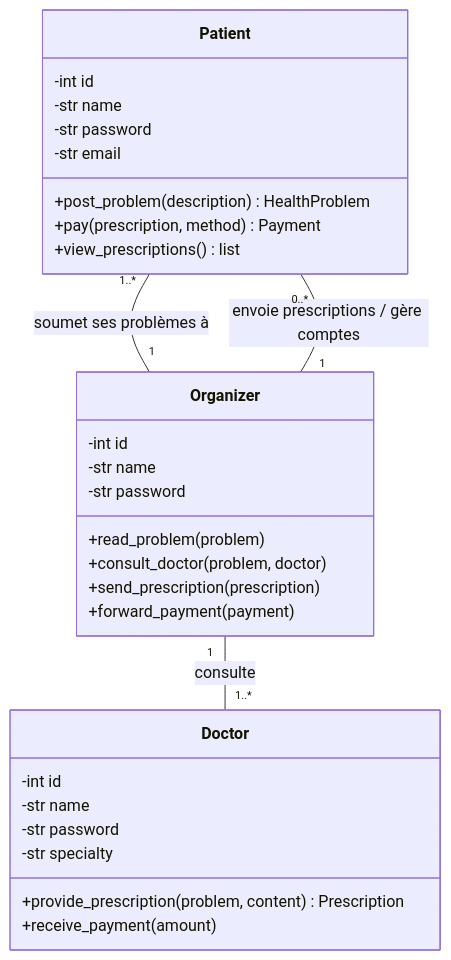
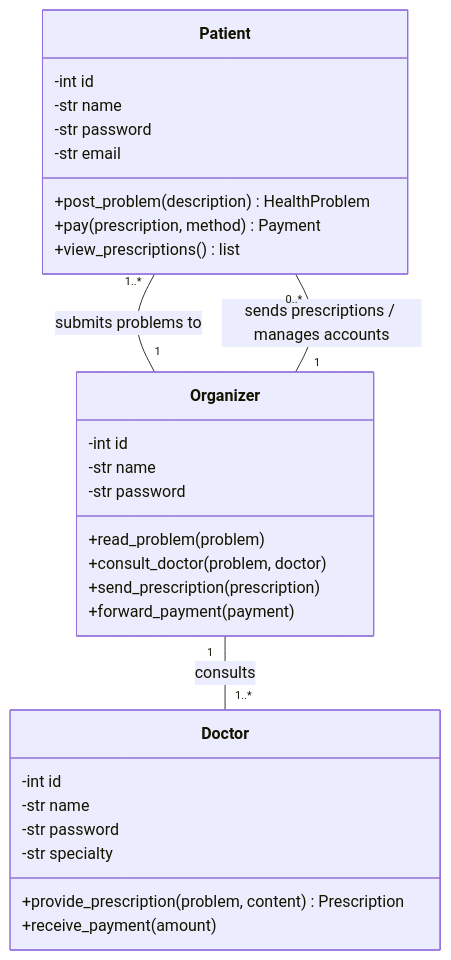
The first of 7 diagrams in 04_uml/hospital_uml.md (OthmanChennaoui/oop-aidams-2a-exercices), drawn with Mermaid before and after one commit. The commit also changed other lines of this file and 32 other files, not shown here.

````diff
--- a/04_uml/hospital_uml.md
+++ b/04_uml/hospital_uml.md
@@ -8,33 +8,33 @@
 ```mermaid
 classDiagram
     class Patient {
         -int id
         -str name
         -str password
         -str email
         +post_problem(description) HealthProblem
         +pay(prescription, method) Payment
         +view_prescriptions() list
     }
     class Organizer {
         -int id
         -str name
         -str password
         +read_problem(problem)
         +consult_doctor(problem, doctor)
         +send_prescription(prescription)
         +forward_payment(payment)
     }
     class Doctor {
         -int id
         -str name
         -str password
         -str specialty
         +provide_prescription(problem, content) Prescription
         +receive_payment(amount)
     }
 
-    Patient "1..*" -- "1" Organizer : soumet ses problèmes à
-    Organizer "1" -- "1..*" Doctor : consulte
-    Organizer "1" -- "0..*" Patient : envoie prescriptions / gère comptes
+    Patient "1..*" -- "1" Organizer : submits problems to
+    Organizer "1" -- "1..*" Doctor : consults
+    Organizer "1" -- "0..*" Patient : sends prescriptions / manages accounts
 ```
````
